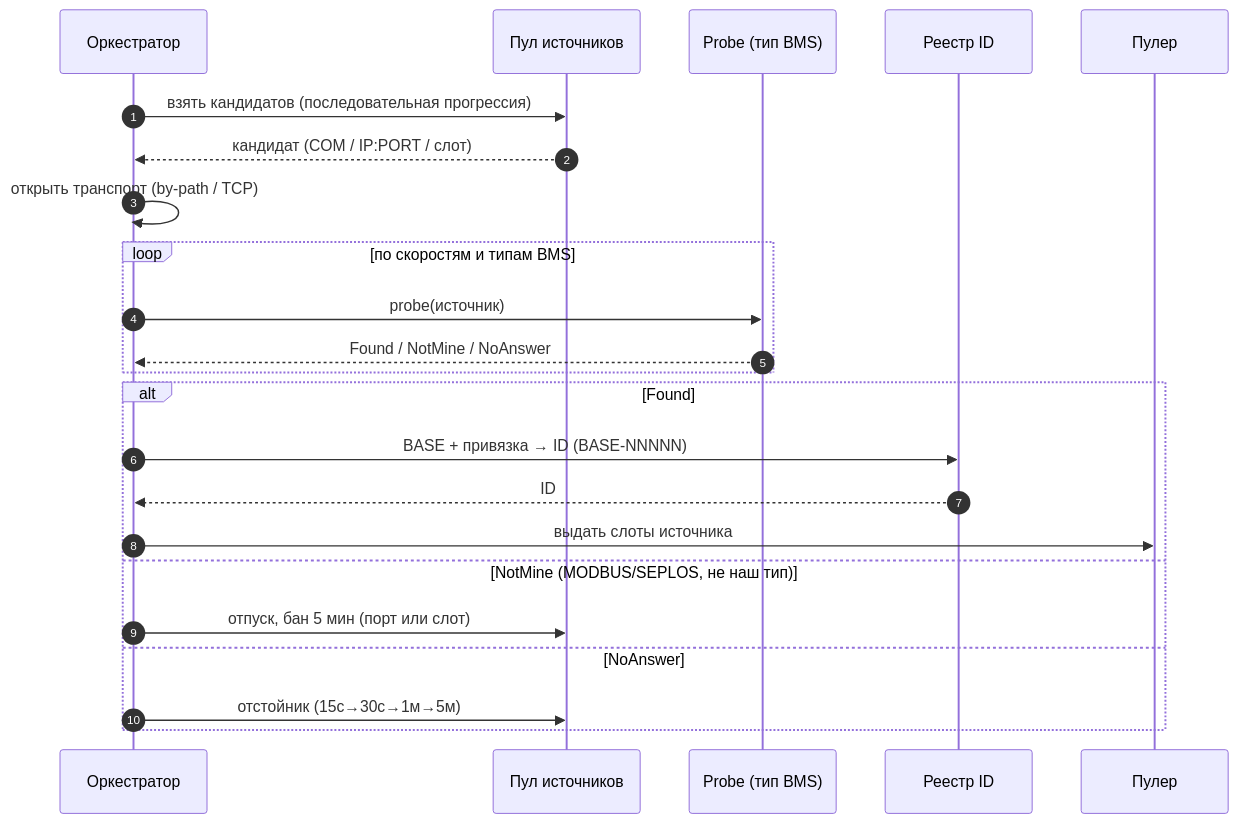
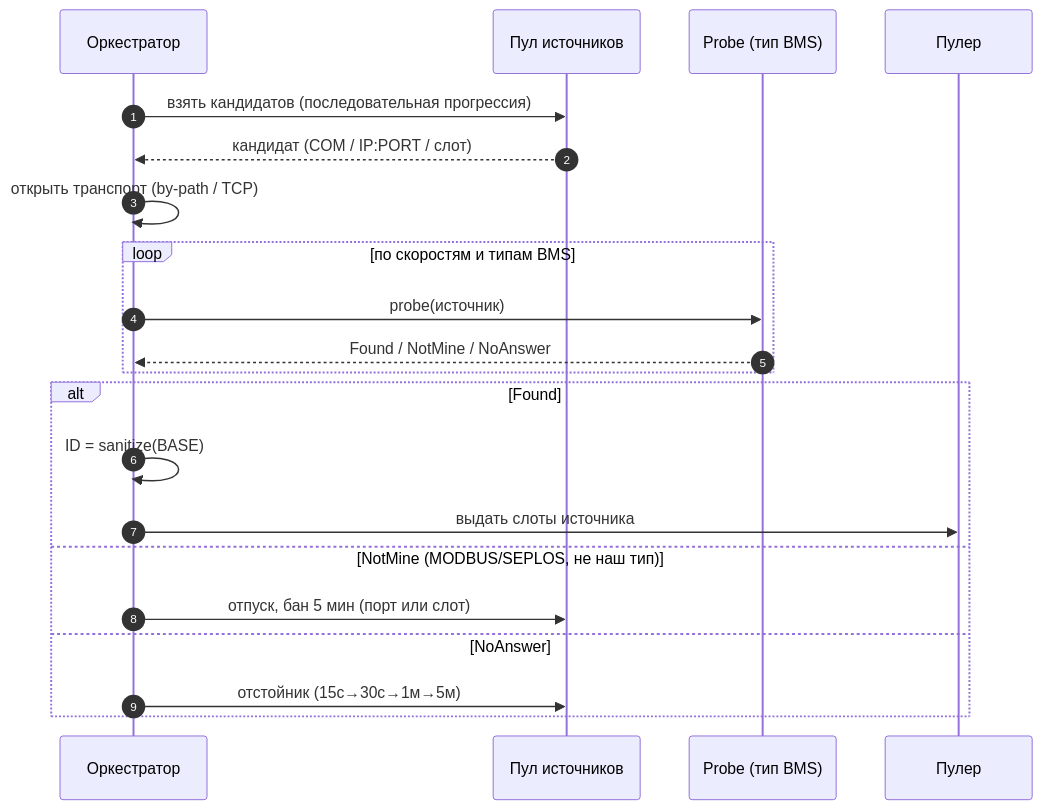
Before and after one commit to galiy/malina-26: the third of 11 diagrams in docs/bms-reader-arch.md, drawn with Mermaid. The commit also changed other lines of this file and 37 other files, not shown here.

````diff
--- a/docs/bms-reader-arch.md
+++ b/docs/bms-reader-arch.md
@@ -221,26 +208,24 @@
 ```mermaid
 sequenceDiagram
   autonumber
   participant O as Оркестратор
   participant P as Пул источников
   participant PR as Probe (тип BMS)
-  participant R as Реестр ID
   participant PL as Пулер
 
   O->>P: взять кандидатов (последовательная прогрессия)
   P-->>O: кандидат (COM / IP:PORT / слот)
   O->>O: открыть транспорт (by-path / TCP)
   loop по скоростям и типам BMS
     O->>PR: probe(источник)
     PR-->>O: Found / NotMine / NoAnswer
   end
   alt Found
-    O->>R: BASE + привязка → ID (BASE-NNNNN)
-    R-->>O: ID
+    O->>O: ID = sanitize(BASE)
     O->>PL: выдать слоты источника
   else NotMine (MODBUS/SEPLOS, не наш тип)
     O->>P: отпуск, бан 5 мин (порт или слот)
   else NoAnswer
     O->>P: отстойник (15с→30с→1м→5м)
   end
 ```
````
